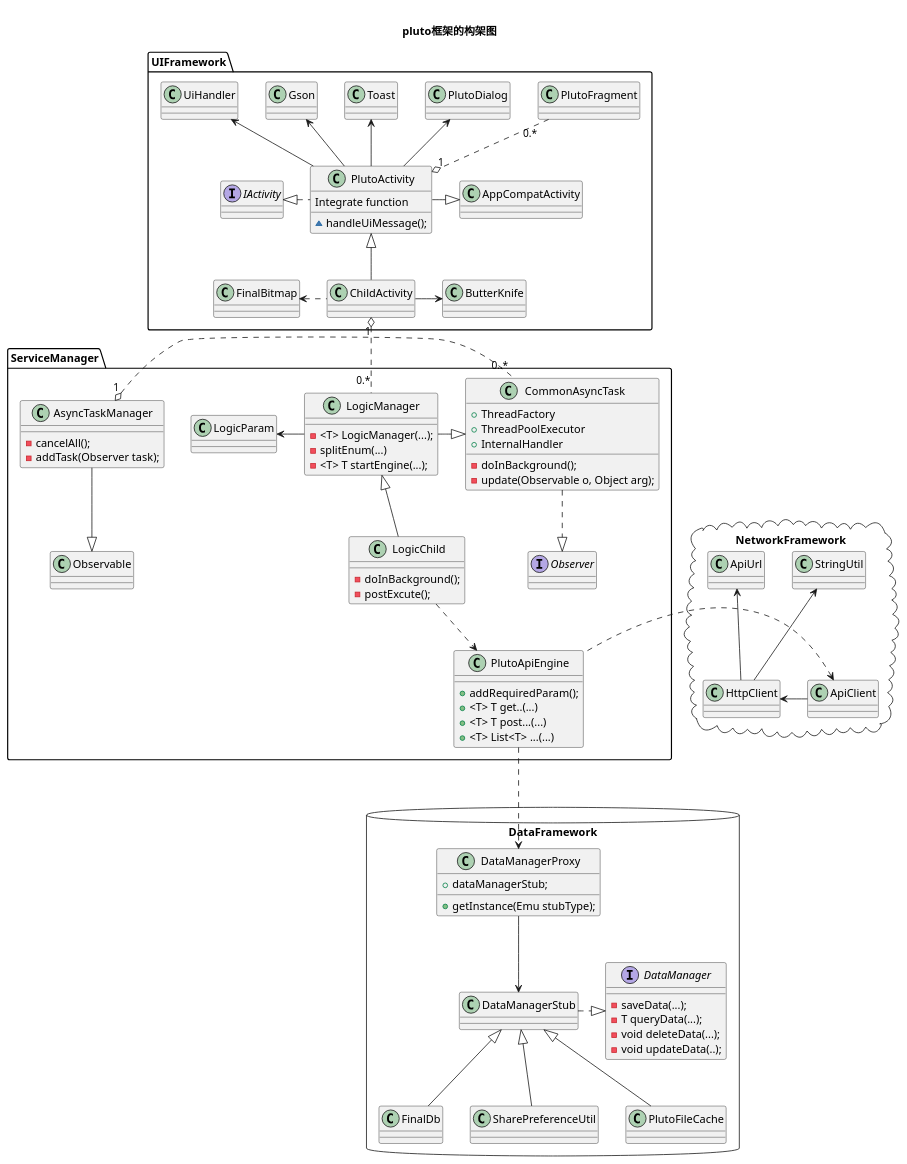
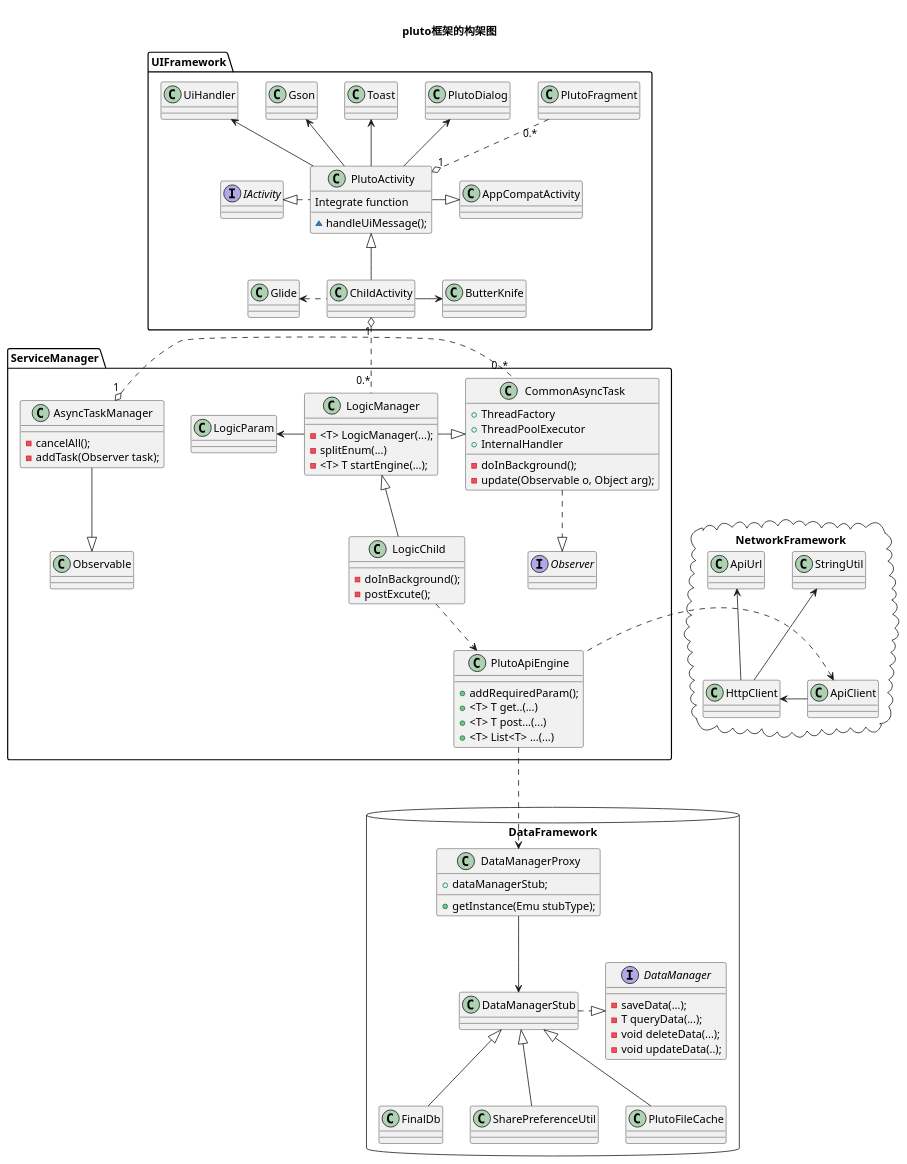
Before and after one commit to PlutoArchitecture/Pluto-Android: the diagram in PlutoAndroidExample/app/pluto_uml.puml, drawn with PlantUML. The commit also changed 4 other files, not shown here.

Commit message:
1.update Pluto uml. 2.update readme.md.

```diff
--- a/PlutoAndroidExample/app/pluto_uml.puml
+++ b/PlutoAndroidExample/app/pluto_uml.puml
@@ -1,112 +1,112 @@
 @startuml
  title \npluto框架的构架图
  package NetworkFramework <<Cloud>> {
    class ApiClient
    class StringUtil
    class HttpClient
    class ApiUrl
  }
 package DataFramework <<Database>> {
   interface DataManager{
     -saveData(...);
     -T queryData(...);
     -void deleteData(...);
     -void updateData(..);
   }
   class DataManagerStub
   class DataManagerProxy{
     +dataManagerStub;
     +getInstance(Emu stubType);
   }
 
   class FinalDb{
 
   }
   class SharePreferenceUtil
   class PlutoFileCache
 }
 
 package UIFramework <<Folder>> {
   class PlutoActivity{
     Integrate function
     ~handleUiMessage();
   }
   class ButterKnife
   interface IActivity
   class PlutoDialog
   class UiHandler
   class Gson
   class Toast
   class AppCompatActivity
   class ChildActivity
-  class FinalBitmap
+  class Glide
   class PlutoFragment
 }
 
 package ServiceManager <<Folder>> {
   class LogicChild{
     -doInBackground();
     -postExcute();
   }
   class CommonAsyncTask{
     +ThreadFactory
     +ThreadPoolExecutor
     +InternalHandler
     -doInBackground();
     -update(Observable o, Object arg);
   }
   class PlutoApiEngine{
     +addRequiredParam();
     +<T> T get..(...)
     +<T> T post...(...)
     +<T> List<T> ...(...)
   }
   interface Observer
   class Observable
   class AsyncTaskManager{
     -cancelAll();
     -addTask(Observer task);
   }
   class LogicManager{
     -<T> LogicManager(...);
     -splitEnum(...)
     -<T> T startEngine(...);
   }
   class LogicParam
 }
 
  "AppCompatActivity"<|-left-"PlutoActivity"
  "PlutoActivity" .left.|>"IActivity"
  "PlutoActivity" -up->"UiHandler"
  "PlutoActivity" -up->"Gson"
  "ChildActivity" -up-|>"PlutoActivity"
  "ChildActivity" -right->"ButterKnife"
- "ChildActivity" .left->"FinalBitmap"
+ "ChildActivity" .left->"Glide"
  "PlutoActivity" -up->"Toast"
  "PlutoActivity" -up->"PlutoDialog"
  "PlutoActivity" "1" o.up."0.*" "PlutoFragment"
 
 
  "ChildActivity"  "1" o.. "0.*" "LogicManager"
  "LogicChild"-up-|>"LogicManager"
  "LogicManager"-left->"LogicParam"
  "LogicManager"-right-|>"CommonAsyncTask"
  "CommonAsyncTask".down.|>"Observer"
  "LogicChild".down.>"PlutoApiEngine"
  "CommonAsyncTask" "0..*".left.o "1" "AsyncTaskManager"
  "AsyncTaskManager" -down-|> "Observable"
 
  "PlutoApiEngine"..down.>"DataManagerProxy"
  "PlutoApiEngine"..left.>"ApiClient"
 
  "ApiClient"-left->"HttpClient"
  "HttpClient"-up->"ApiUrl"
  "HttpClient"-up->"StringUtil"
 
  "DataManagerStub".right.|>"DataManager"
  "FinalDb"-up-|>"DataManagerStub"
  "SharePreferenceUtil"-up-|>"DataManagerStub"
  "PlutoFileCache"-up-|>"DataManagerStub"
  "DataManagerProxy"-->"DataManagerStub"
 
 @enduml
```
